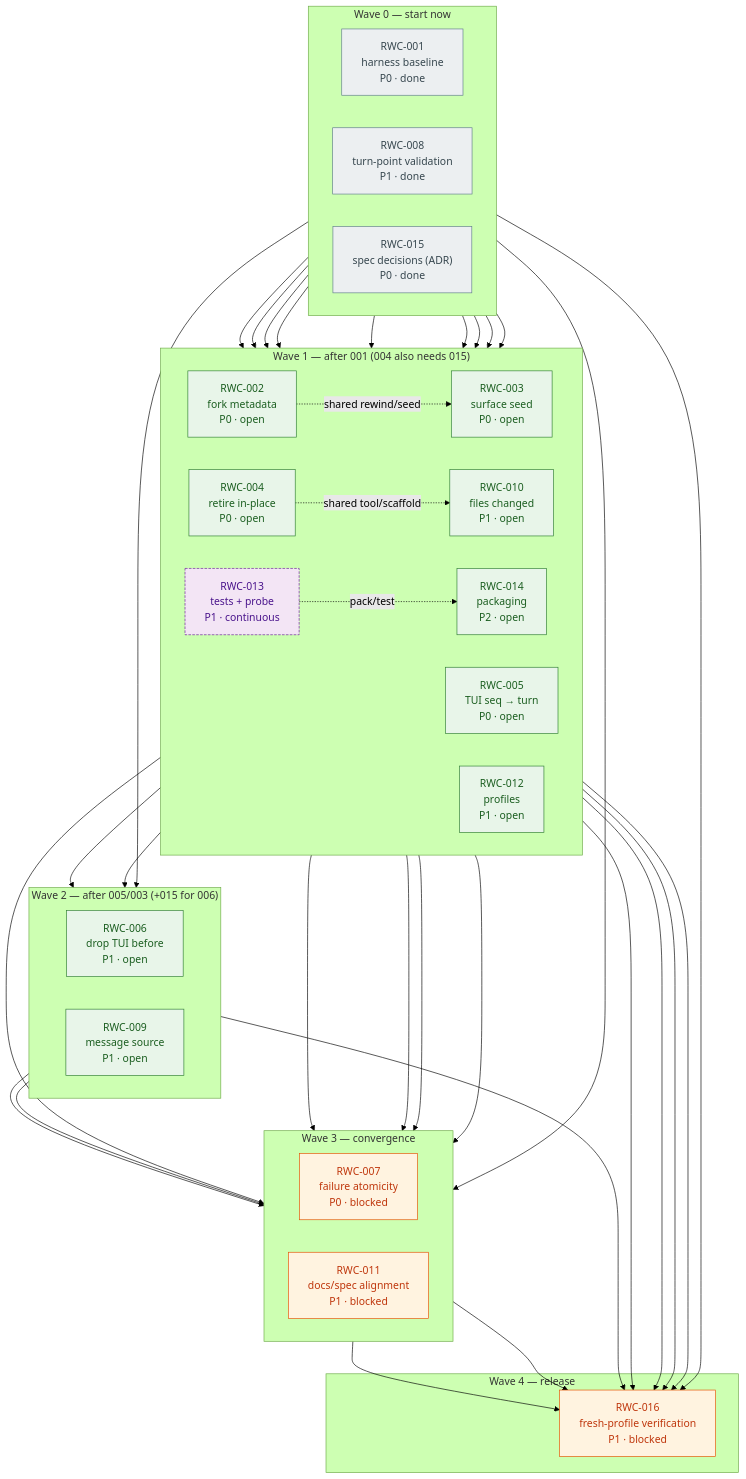
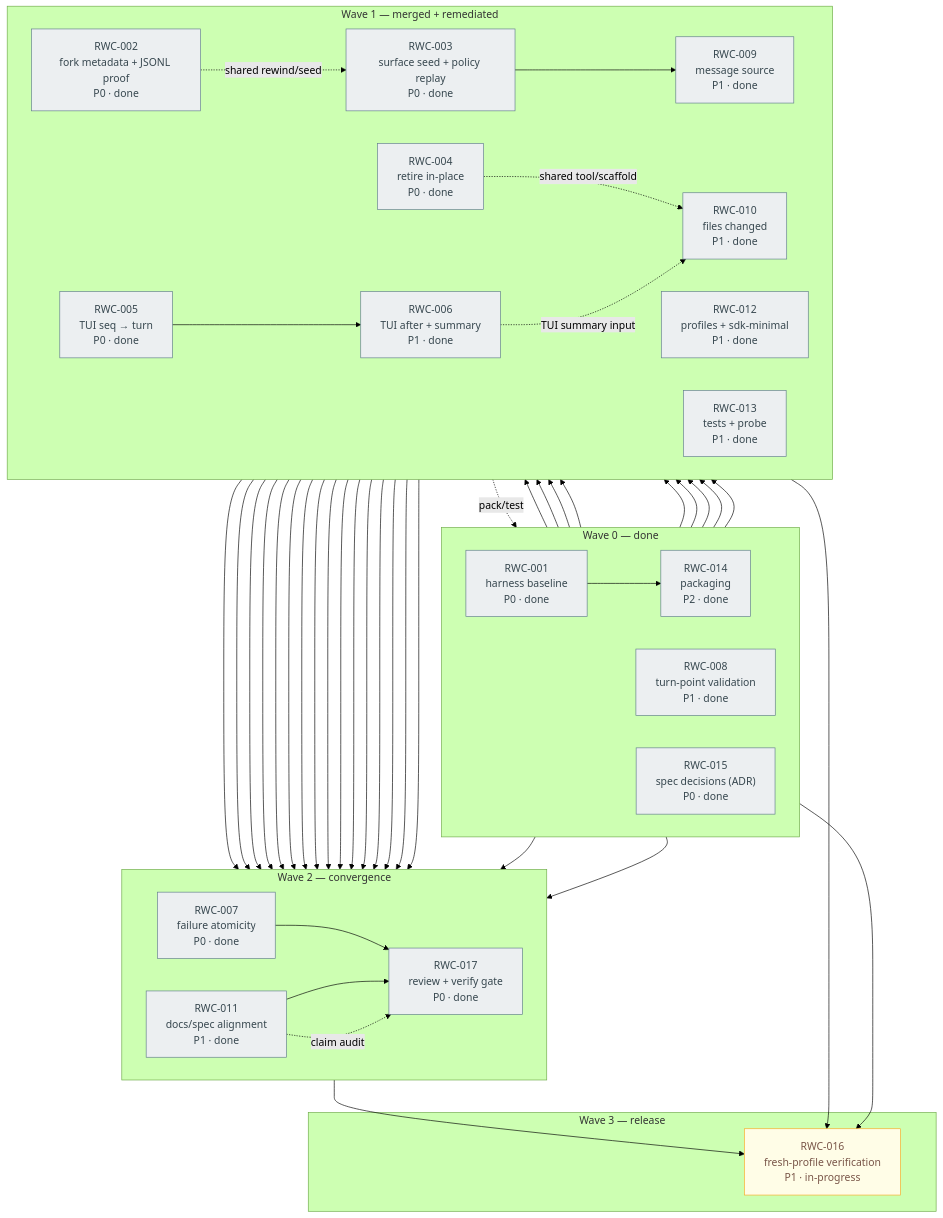
The first of 2 diagrams in docs/tickets/dependency-graph.md (shayanrc/dsh-rewind-compact), drawn with Mermaid (forest theme) before and after one commit. The commit also changed other lines of this file and 32 other files, not shown here.

Commit message:
Remediate wave-1 review findings; close RWC-002–017

````diff
--- a/docs/tickets/dependency-graph.md
+++ b/docs/tickets/dependency-graph.md
@@ -28,47 +28,50 @@
 ```mermaid
-%% Keep in sync with dependencies.mmd.
+%% rewind-compact ticket dependency graph (2026-10-27, post-review)
+%% Solid arrow = hard prerequisite. Dotted arrow = coordination / shared files.
+%% Green = open/in-progress, orange = blocked, blue = decision, grey = done.
+%% RWC-017 is green: every changed ticket passed independent review + verify.
+%% RWC-016 is the remaining release gate.
 flowchart TB
   classDef open fill:#E8F5E9,stroke:#2E7D32,color:#1B5E20
+  classDef progress fill:#FFFDE7,stroke:#F9A825,color:#795548
   classDef blocked fill:#FFF3E0,stroke:#E65100,color:#BF360C
   classDef decision fill:#E3F2FD,stroke:#1565C0,color:#0D47A1
   classDef continuous fill:#F3E5F5,stroke:#6A1B9A,color:#4A148C,stroke-dasharray: 4 2
   classDef done fill:#ECEFF1,stroke:#607D8B,color:#37474F
 
-  subgraph w0["Wave 0 — start now"]
+  subgraph w0["Wave 0 — done"]
     direction LR
     t001["RWC-001<br/>harness baseline<br/>P0 · done"]:::done
     t008["RWC-008<br/>turn-point validation<br/>P1 · done"]:::done
     t015["RWC-015<br/>spec decisions (ADR)<br/>P0 · done"]:::done
+    t014["RWC-014<br/>packaging<br/>P2 · done"]:::done
   end
 
-  subgraph w1["Wave 1 — after 001 (004 also needs 015)"]
+  subgraph w1["Wave 1 — merged + remediated"]
     direction LR
-    t002["RWC-002<br/>fork metadata<br/>P0 · open"]:::open
-    t003["RWC-003<br/>surface seed<br/>P0 · open"]:::open
-    t004["RWC-004<br/>retire in-place<br/>P0 · open"]:::open
-    t005["RWC-005<br/>TUI seq → turn<br/>P0 · open"]:::open
-    t010["RWC-010<br/>files changed<br/>P1 · open"]:::open
-    t012["RWC-012<br/>profiles<br/>P1 · open"]:::open
-    t013["RWC-013<br/>tests + probe<br/>P1 · continuous"]:::continuous
-    t014["RWC-014<br/>packaging<br/>P2 · open"]:::open
+    t002["RWC-002<br/>fork metadata + JSONL proof<br/>P0 · done"]:::done
+    t003["RWC-003<br/>surface seed + policy replay<br/>P0 · done"]:::done
+    t004["RWC-004<br/>retire in-place<br/>P0 · done"]:::done
+    t005["RWC-005<br/>TUI seq → turn<br/>P0 · done"]:::done
+    t006["RWC-006<br/>TUI after + summary<br/>P1 · done"]:::done
+    t009["RWC-009<br/>message source<br/>P1 · done"]:::done
+    t010["RWC-010<br/>files changed<br/>P1 · done"]:::done
+    t012["RWC-012<br/>profiles + sdk-minimal<br/>P1 · done"]:::done
+    t013["RWC-013<br/>tests + probe<br/>P1 · done"]:::done
   end
 
-  subgraph w2["Wave 2 — after 005/003 (+015 for 006)"]
+  subgraph w2["Wave 2 — convergence"]
     direction LR
-    t006["RWC-006<br/>drop TUI before<br/>P1 · open"]:::open
-    t009["RWC-009<br/>message source<br/>P1 · open"]:::open
+    t007["RWC-007<br/>failure atomicity<br/>P0 · done"]:::done
+    t011["RWC-011<br/>docs/spec alignment<br/>P1 · done"]:::done
+    t017["RWC-017<br/>review + verify gate<br/>P0 · done"]:::done
   end
 
-  subgraph w3["Wave 3 — convergence"]
-    direction LR
-    t007["RWC-007<br/>failure atomicity<br/>P0 · blocked"]:::blocked
-    t011["RWC-011<br/>docs/spec alignment<br/>P1 · blocked"]:::blocked
+  subgraph w3["Wave 3 — release"]
+    t016["RWC-016<br/>fresh-profile verification<br/>P1 · in-progress"]:::progress
   end
 
-  subgraph w4["Wave 4 — release"]
-    t016["RWC-016<br/>fresh-profile verification<br/>P1 · blocked"]:::blocked
-  end
-
+  %% hard prerequisites
   t001 --> t002
   t001 --> t003
   t001 --> t004
@@ -93,16 +96,27 @@
   t005 --> t011
   t006 --> t011
 
-  t007 --> t016
-  t008 --> t016
-  t009 --> t016
-  t010 --> t016
-  t011 --> t016
-  t012 --> t016
+  t002 --> t017
+  t003 --> t017
+  t004 --> t017
+  t005 --> t017
+  t006 --> t017
+  t007 --> t017
+  t009 --> t017
+  t010 --> t017
+  t011 --> t017
+  t012 --> t017
+  t013 --> t017
+  t014 --> t017
+
   t013 --> t016
   t014 --> t016
+  t017 --> t016
 
+  %% coordination / shared files (no precedence implied)
   t002 -.->|shared rewind/seed| t003
   t004 -.->|shared tool/scaffold| t010
+  t006 -.->|TUI summary input| t010
   t013 -.->|pack/test| t014
+  t011 -.->|claim audit| t017
 ```
````
